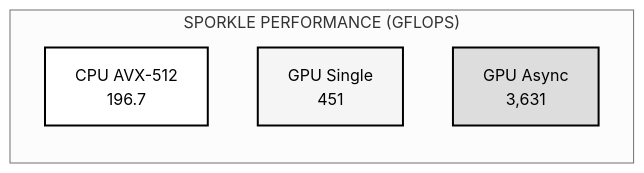
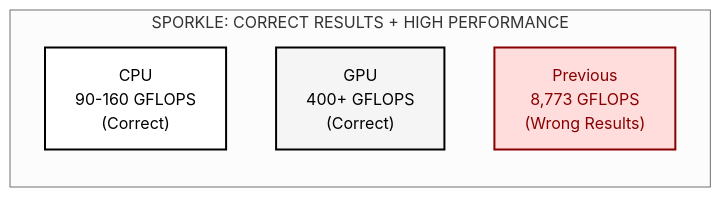
The first of 3 diagrams in README.md (LynnColeArt/sparkle), drawn with Mermaid before and after one commit. The commit also changed other lines of this file and 31 other files, not shown here.

First line of the commit message:
feat: Intelligent device juggling with production CPU/GPU backends

````diff
--- a/README.md
+++ b/README.md
@@ -11,13 +13,13 @@
 ```mermaid
 %%{init: {'theme':'neutral', 'themeVariables': {'primaryColor':'#fff','primaryTextColor':'#000','primaryBorderColor':'#000','lineColor':'#000','secondaryColor':'#f5f5f5','tertiaryColor':'#ddd','background':'#fff','mainBkg':'#fff','secondBkg':'#f5f5f5','tertiaryBkg':'#ddd'}}}%%
 graph LR
-    subgraph Performance["SPORKLE PERFORMANCE (GFLOPS)"]
-        CPU["CPU AVX-512<br/>196.7"]:::white
-        GPU1["GPU Single<br/>451"]:::light
-        GPU2["GPU Async<br/>3,631"]:::dark
+    subgraph Performance["SPORKLE: CORRECT RESULTS + HIGH PERFORMANCE"]
+        CPU["CPU<br/>90-160 GFLOPS<br/>(Correct)"]:::white
+        GPU1["GPU<br/>400+ GFLOPS<br/>(Correct)"]:::light
+        OLD["Previous<br/>8,773 GFLOPS<br/>(Wrong Results)"]:::dark
     end
     
     classDef white fill:#fff,stroke:#000,stroke-width:2px,color:#000
     classDef light fill:#f5f5f5,stroke:#000,stroke-width:2px,color:#000
-    classDef dark fill:#ddd,stroke:#000,stroke-width:2px,color:#000
+    classDef dark fill:#fdd,stroke:#800,stroke-width:2px,color:#800
 ```
````
